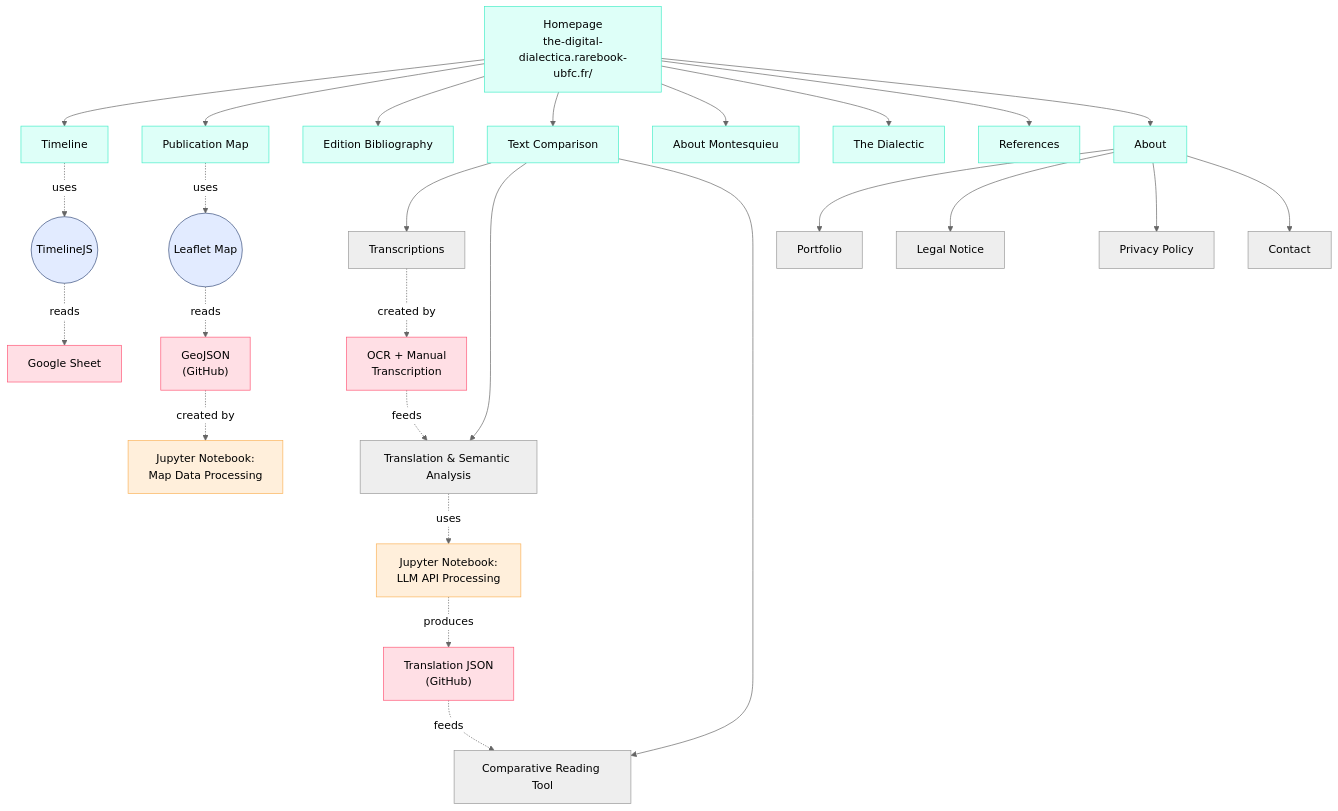
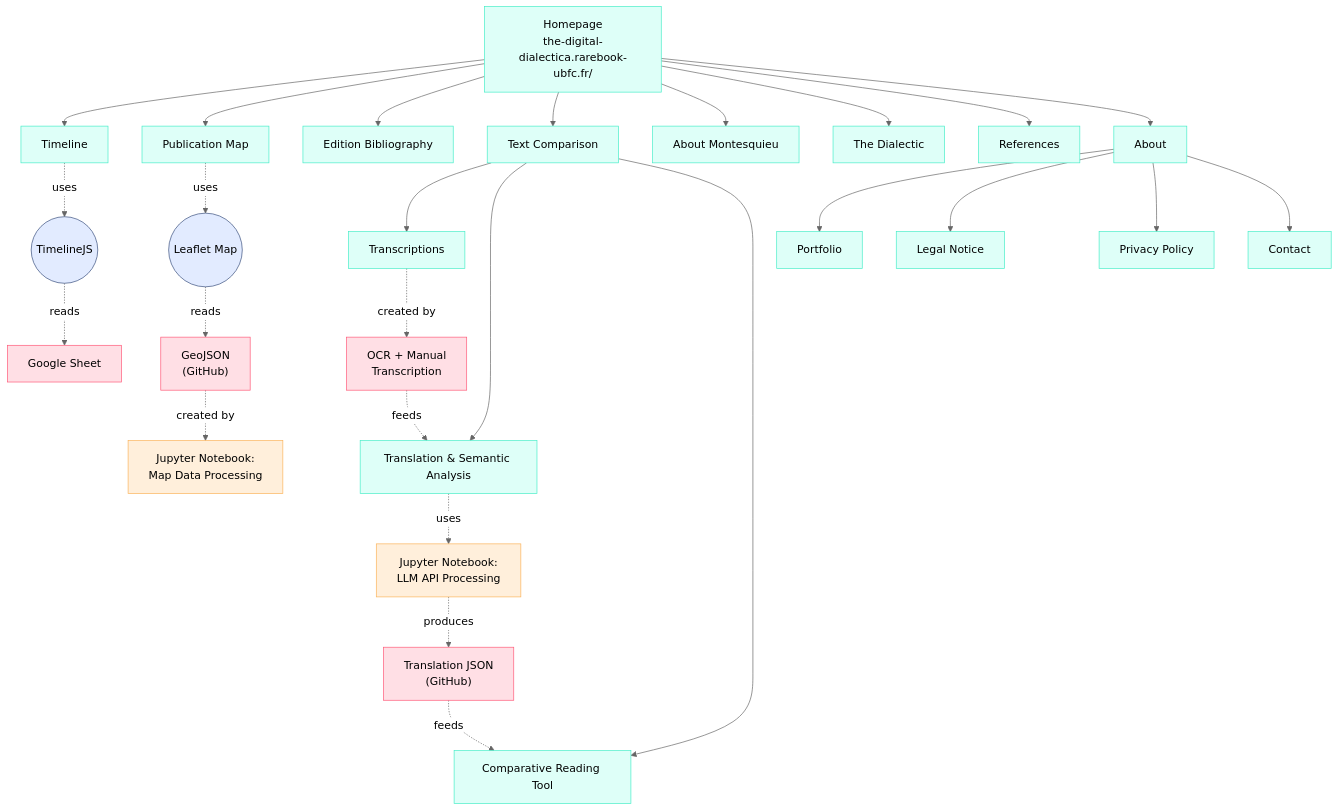
One commit to lokalkosmos/Lesprit changed the diagram in README.md. Above: the diagram before and after it, drawn with Mermaid (neutral theme).

````diff
--- a/README.md
+++ b/README.md
@@ -214,52 +214,59 @@
 ```mermaid
 flowchart TB
     A["Homepage<br/>the-digital-dialectica.rarebook-ubfc.fr/"] --> B["Timeline"]
     A --> C["Publication Map"]
     A --> D["Edition Bibliography"]
     A --> E["Text Comparison"]
     A --> F["About Montesquieu"]
     A --> G["The Dialectic"]
     A --> H["References"]
     A --> I["About"]
     
     E --> E1["Transcriptions"]
     E --> E2["Translation & Semantic Analysis"]
     E --> E3["Comparative Reading Tool"]
     
     I --> I1["Portfolio"]
     I --> I2["Legal Notice"]
     I --> I3["Privacy Policy"]
     I --> I4["Contact"]
     
     B -.uses.-> T1(("TimelineJS"))
     C -.uses.-> T2(("Leaflet Map"))
     
     T1 -.reads.-> D1["Google Sheet"]
     T2 -.reads.-> D2["GeoJSON<br/>(GitHub)"]
     
     D2 -.created by.-> N1["Jupyter Notebook:<br/>Map Data Processing"]
     
     E1 -.created by.-> P1["OCR + Manual<br/>Transcription"]
     P1 -.feeds.-> E2
     E2 -.uses.-> N2["Jupyter Notebook:<br/>LLM API Processing"]
     N2 -.produces.-> D3["Translation JSON<br/>(GitHub)"]
     D3 -.feeds.-> E3
     
     style A fill:#DEFFF8,stroke:#46EDC8
     style B fill:#DEFFF8,stroke:#46EDC8
     style C fill:#DEFFF8,stroke:#46EDC8
     style D fill:#DEFFF8,stroke:#46EDC8
     style E fill:#DEFFF8,stroke:#46EDC8
     style F fill:#DEFFF8,stroke:#46EDC8
     style G fill:#DEFFF8,stroke:#46EDC8
     style H fill:#DEFFF8,stroke:#46EDC8
     style I fill:#DEFFF8,stroke:#46EDC8
+    style E1 fill:#DEFFF8,stroke:#46EDC8
+    style E2 fill:#DEFFF8,stroke:#46EDC8
+    style E3 fill:#DEFFF8,stroke:#46EDC8
+    style I1 fill:#DEFFF8,stroke:#46EDC8
+    style I2 fill:#DEFFF8,stroke:#46EDC8
+    style I3 fill:#DEFFF8,stroke:#46EDC8
+    style I4 fill:#DEFFF8,stroke:#46EDC8
     style T1 fill:#E2EBFF,stroke:#374D7C
     style T2 fill:#E2EBFF,stroke:#374D7C
     style D1 fill:#FFDFE5,stroke:#FF5978
     style D2 fill:#FFDFE5,stroke:#FF5978
     style D3 fill:#FFDFE5,stroke:#FF5978
     style N1 fill:#FFEFDB,stroke:#FBB35A
     style N2 fill:#FFEFDB,stroke:#FBB35A
     style P1 fill:#FFDFE5,stroke:#FF5978
 ```
````
